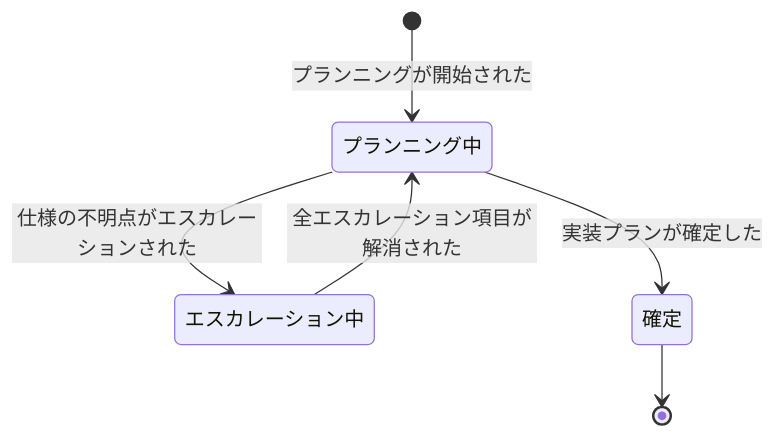
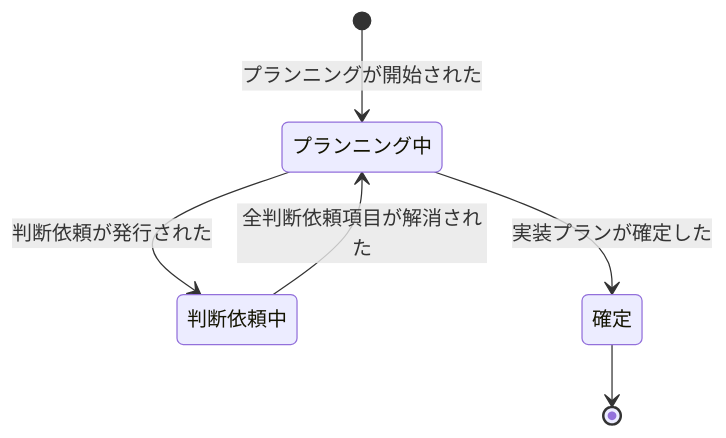
Before and after one commit to kuchita-el/claude-shared-skills: the first of 6 diagrams in docs/development/event-storming.md, drawn with Mermaid. The commit also changed other lines of this file, not shown here.

````diff
--- a/docs/development/event-storming.md
+++ b/docs/development/event-storming.md
@@ -79,8 +80,8 @@
 ```mermaid
 stateDiagram-v2
     [*] --> プランニング中: プランニングが開始された
-    プランニング中 --> エスカレーション中: 仕様の不明点がエスカレーションされた
-    エスカレーション中 --> プランニング中: 全エスカレーション項目が解消された
+    プランニング中 --> 判断依頼中: 判断依頼が発行された
+    判断依頼中 --> プランニング中: 全判断依頼項目が解消された
     プランニング中 --> 確定: 実装プランが確定した
     確定 --> [*]
 ```
````
